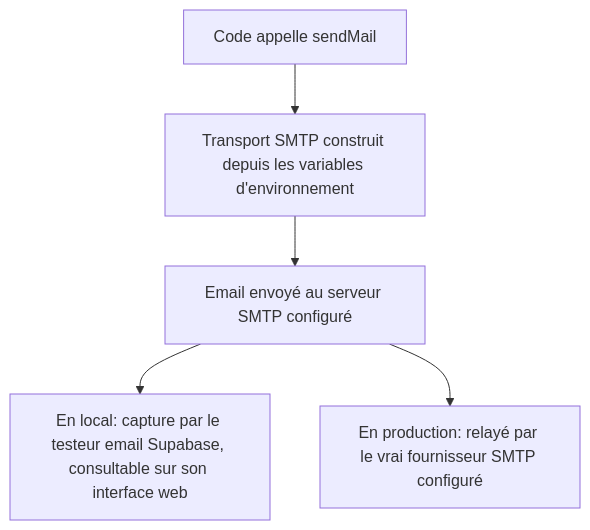
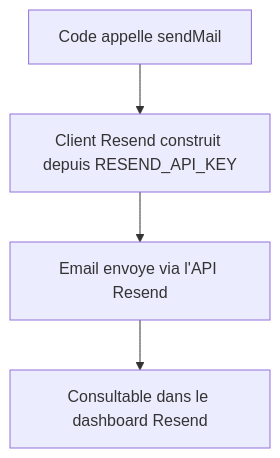
The diagram in aidd_docs/tasks/2026_07/2026_07_26_rattachement-fiche-logement/phase-2.md (CailBzd/alpha-cil), drawn with Mermaid before and after one commit. The commit also changed other lines of this file and 8 other files, not shown here.

````diff
--- a/aidd_docs/tasks/2026_07/2026_07_26_rattachement-fiche-logement/phase-2.md
+++ b/aidd_docs/tasks/2026_07/2026_07_26_rattachement-fiche-logement/phase-2.md
@@ -27,7 +25,6 @@
 ```mermaid
 flowchart TD
-  A[Code appelle sendMail] --> B[Transport SMTP construit depuis les variables d'environnement]
-  B --> C[Email envoyé au serveur SMTP configuré]
-  C --> D[En local: capture par le testeur email Supabase, consultable sur son interface web]
-  C --> E[En production: relayé par le vrai fournisseur SMTP configuré]
+  A[Code appelle sendMail] --> B[Client Resend construit depuis RESEND_API_KEY]
+  B --> C[Email envoye via l'API Resend]
+  C --> D[Consultable dans le dashboard Resend]
 ```
````
